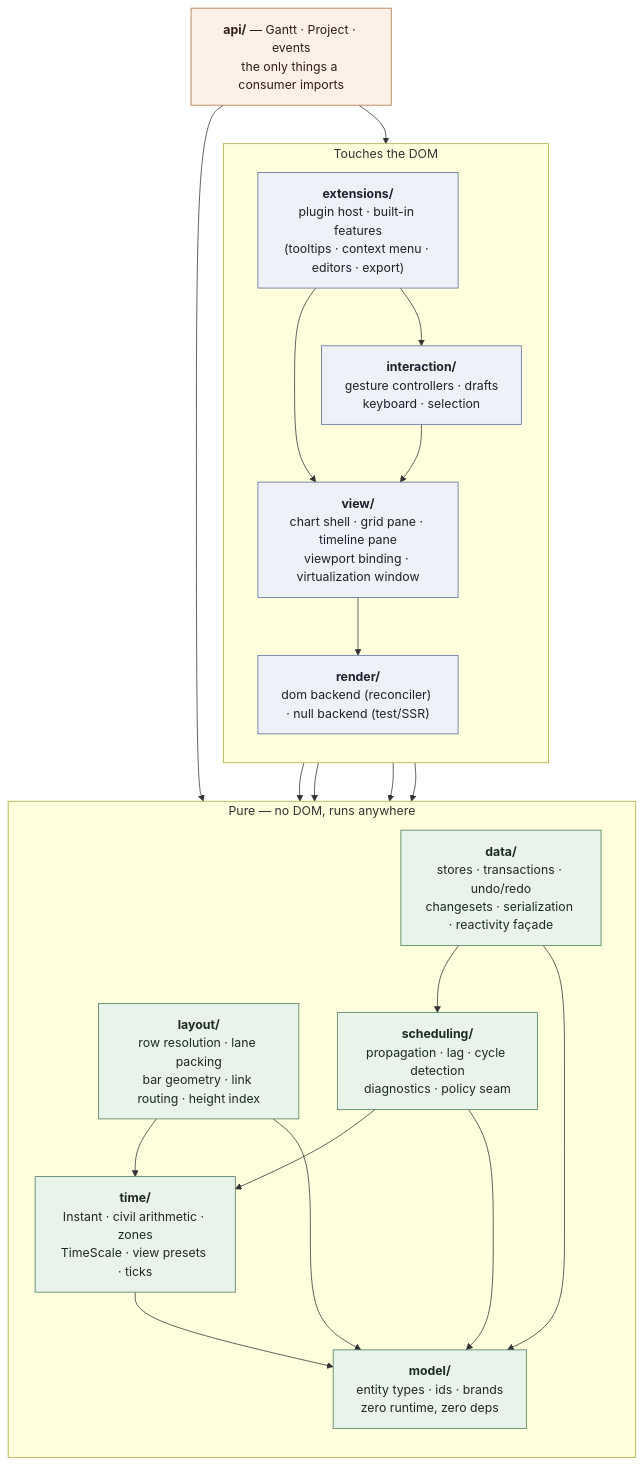
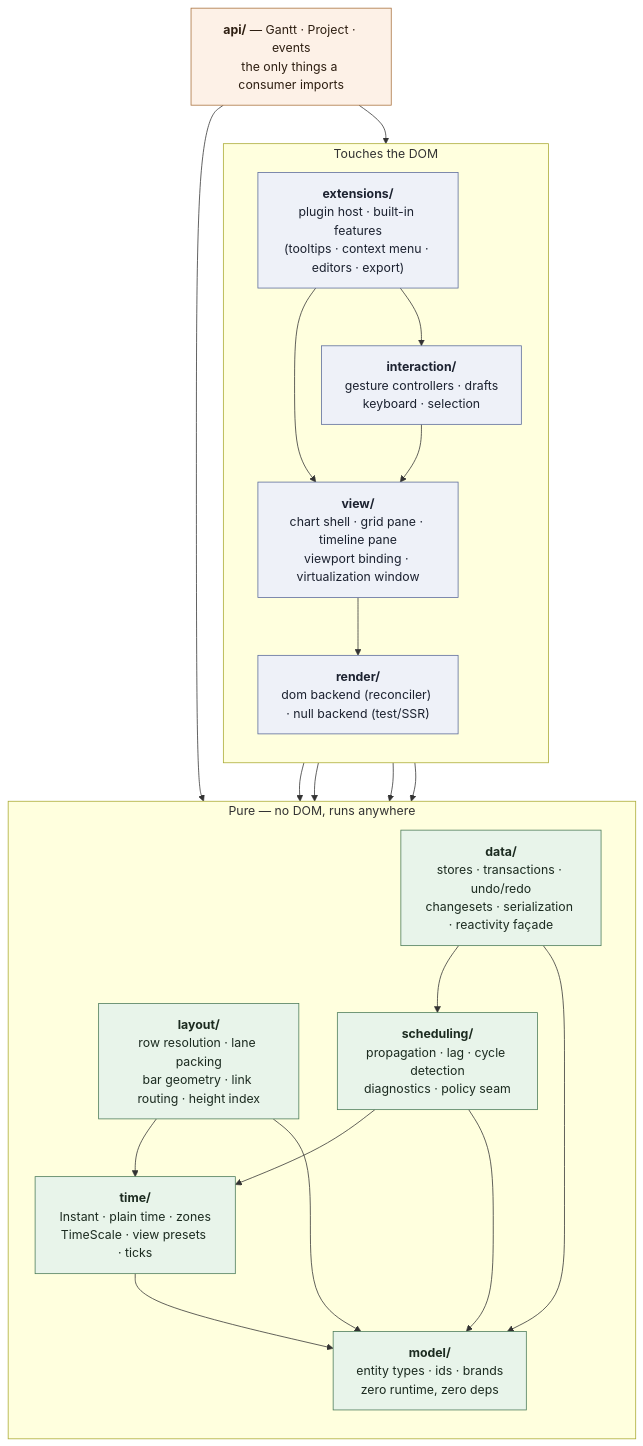
One commit to freegantt/freegantt changed the first of 6 diagrams in plans/01-domain-architecture.md. Above: the diagram before and after it, drawn with Mermaid. The commit also changed other lines of this file and 13 other files, not shown here.

First line of the commit message:
Rename civil -> plain across time/, specs and glossary

````diff
--- a/plans/01-domain-architecture.md
+++ b/plans/01-domain-architecture.md
@@ -11,46 +11,46 @@
 ```mermaid
 flowchart TB
   subgraph domside["Touches the DOM"]
     direction TB
     EXT["<b>extensions/</b><br/>plugin host · built-in features<br/>(tooltips · context menu · editors · export)"]
     INT["<b>interaction/</b><br/>gesture controllers · drafts<br/>keyboard · selection"]
     VIEW["<b>view/</b><br/>chart shell · grid pane · timeline pane<br/>viewport binding · virtualization window"]
     REN["<b>render/</b><br/>dom backend (reconciler) · null backend (test/SSR)"]
   end
 
   subgraph pureside["Pure — no DOM, runs anywhere"]
     direction TB
     LAY["<b>layout/</b><br/>row resolution · lane packing<br/>bar geometry · link routing · height index"]
     SCH["<b>scheduling/</b><br/>propagation · lag · cycle detection<br/>diagnostics · policy seam"]
     DATA["<b>data/</b><br/>stores · transactions · undo/redo<br/>changesets · serialization · reactivity façade"]
-    TIME["<b>time/</b><br/>Instant · civil arithmetic · zones<br/>TimeScale · view presets · ticks"]
+    TIME["<b>time/</b><br/>Instant · plain time · zones<br/>TimeScale · view presets · ticks"]
     MODEL["<b>model/</b><br/>entity types · ids · brands<br/>zero runtime, zero deps"]
   end
 
   API["<b>api/</b> — Gantt · Project · events<br/>the only things a consumer imports"]
 
   API --> VIEW
   API --> DATA
   EXT --> VIEW
   EXT --> INT
   INT --> VIEW
   INT --> DATA
   VIEW --> REN
   VIEW --> LAY
   VIEW --> DATA
   REN --> LAY
   LAY --> TIME
   LAY --> MODEL
   DATA --> SCH
   DATA --> MODEL
   SCH --> TIME
   SCH --> MODEL
   TIME --> MODEL
 
   classDef pure fill:#e8f4ea,stroke:#4a7a58,color:#1c2b20
   classDef dom fill:#eef1f8,stroke:#5a6a9a,color:#1c2230
   classDef apic fill:#fdf1e7,stroke:#a8703c,color:#2e1f12
   class MODEL,TIME,DATA,SCH,LAY pure
   class EXT,INT,VIEW,REN dom
   class API apic
 ```
````
